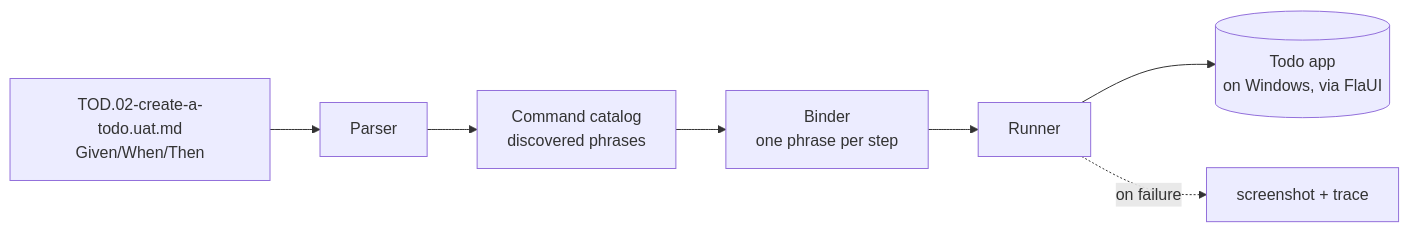
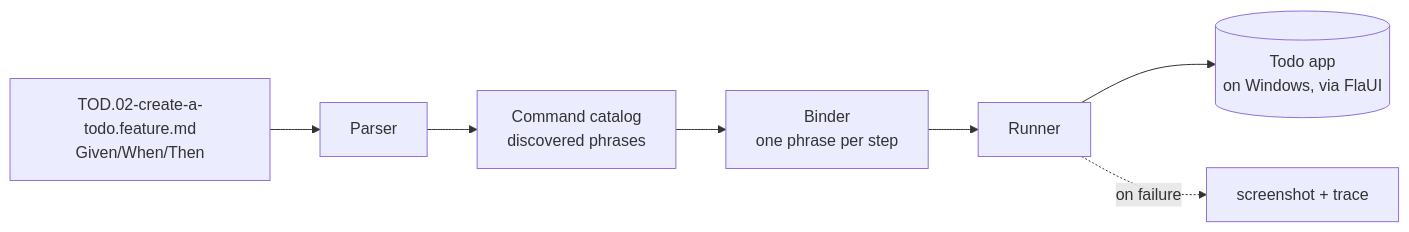
The diagram in samples/Todo/uat-walkthrough.md (jonkeda/Brinell), drawn with Mermaid before and after one commit. The commit also changed other lines of this file and 137 other files, not shown here.

````diff
--- a/samples/Todo/uat-walkthrough.md
+++ b/samples/Todo/uat-walkthrough.md
@@ -28,9 +28,9 @@
 ```mermaid
 flowchart LR
-    MD[TOD.02-create-a-todo.uat.md<br/>Given/When/Then] --> P[Parser]
+    MD[TOD.02-create-a-todo.feature.md<br/>Given/When/Then] --> P[Parser]
     P --> C[Command catalog<br/>discovered phrases]
     C --> B[Binder<br/>one phrase per step]
     B --> R[Runner]
     R --> APP[(Todo app<br/>on Windows, via FlaUI)]
     R -.->|on failure| SHOT[screenshot + trace]
 ```
````
